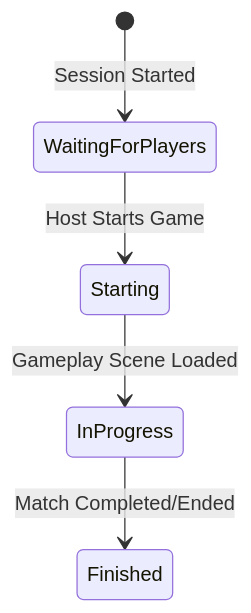
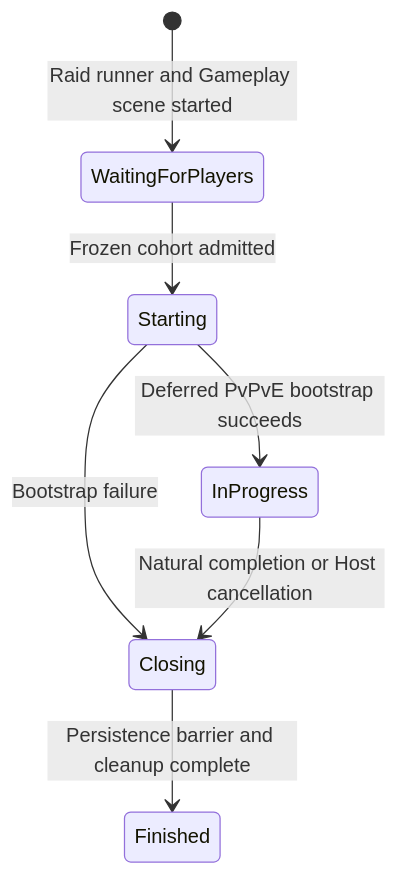
The diagram in Project Grimhold/Docs/Architecture/SessionLifecycleAndSpawning.md (Astro-Rift-Games/ProjectGrimhold), drawn with Mermaid before and after one commit. The commit also changed other lines of this file and 4 other files, not shown here.

First line of the commit message:
Refine raid lifecycle and persistence docs

````diff
--- a/Project Grimhold/Docs/Architecture/SessionLifecycleAndSpawning.md
+++ b/Project Grimhold/Docs/Architecture/SessionLifecycleAndSpawning.md
@@ -11,7 +20,9 @@
 ```mermaid
 stateDiagram-v2
-    [*] --> WaitingForPlayers : Session Started
-    WaitingForPlayers --> Starting : Host Starts Game
-    Starting --> InProgress : Gameplay Scene Loaded
-    InProgress --> Finished : Match Completed/Ended
+    [*] --> WaitingForPlayers : Raid runner and Gameplay scene started
+    WaitingForPlayers --> Starting : Frozen cohort admitted
+    Starting --> InProgress : Deferred PvPvE bootstrap succeeds
+    Starting --> Closing : Bootstrap failure
+    InProgress --> Closing : Natural completion or Host cancellation
+    Closing --> Finished : Persistence barrier and cleanup complete
 ```
````
